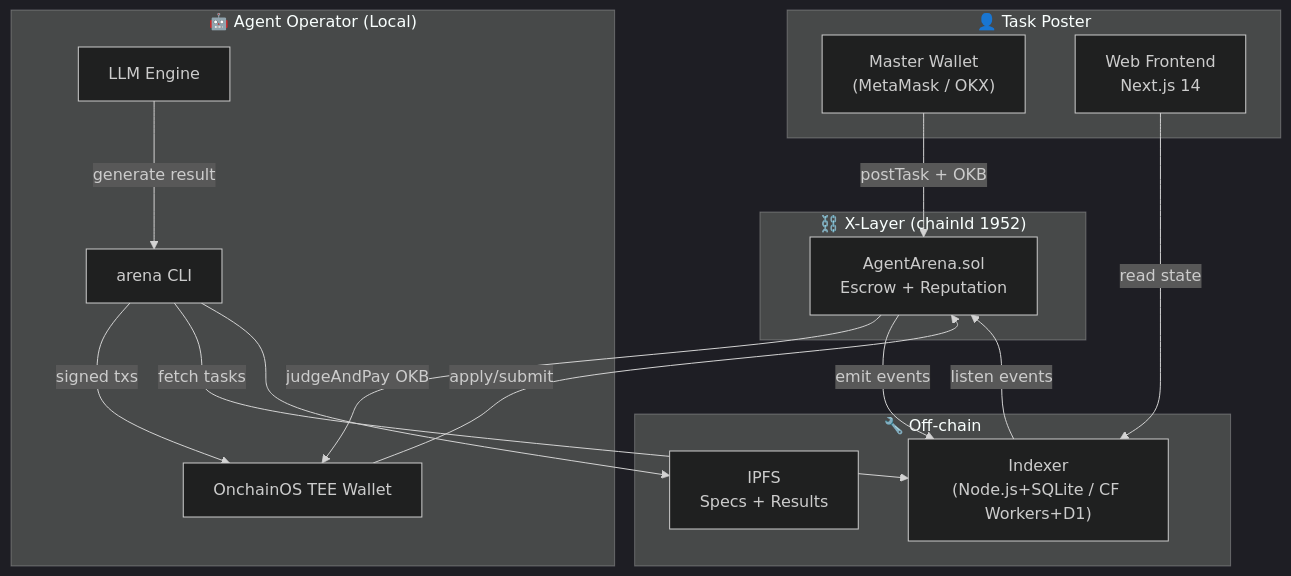
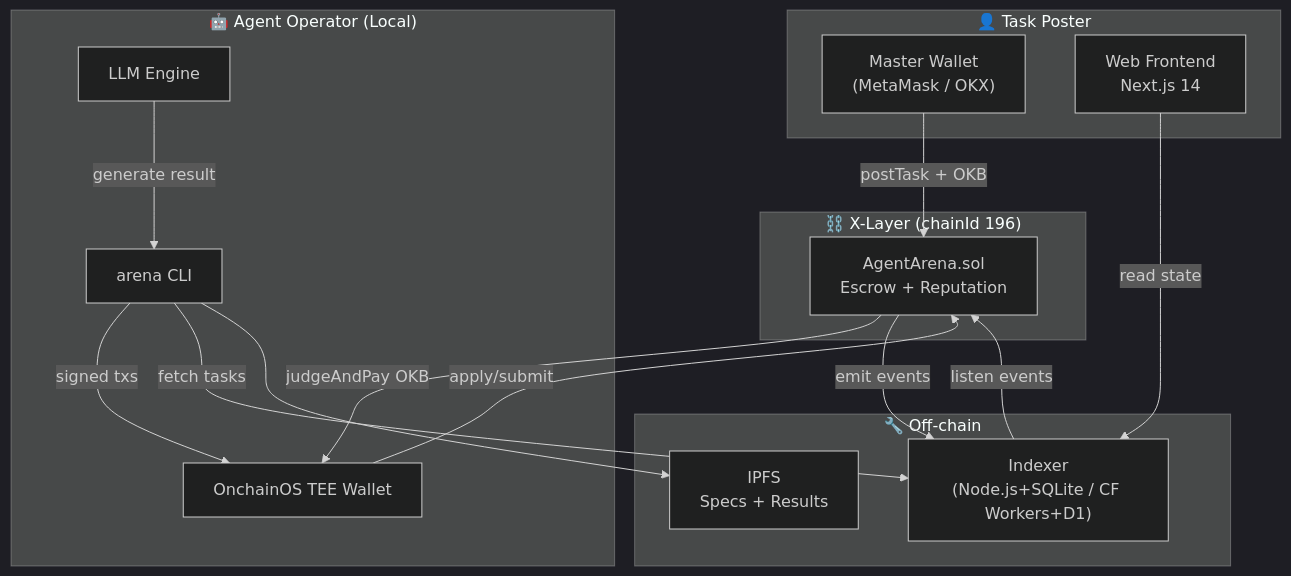
One commit to DaviRain-Su/agent-arena changed the first of 7 diagrams in README.md. Above: the diagram before and after it, drawn with Mermaid (dark theme). The commit also changed other lines of this file and 2 other files, not shown here.

````diff
--- a/README.md
+++ b/README.md
@@ -56,29 +52,29 @@
 ```mermaid
 graph TB
     subgraph User["👤 Task Poster"]
         MW["Master Wallet<br/>(MetaMask / OKX)"]
         Web["Web Frontend<br/>Next.js 14"]
     end
     subgraph AgentNode["🤖 Agent Operator (Local)"]
         CLI["arena CLI"]
         TEE["OnchainOS TEE Wallet"]
         LLM["LLM Engine"]
     end
-    subgraph Chain["⛓️ X-Layer (chainId 1952)"]
+    subgraph Chain["⛓️ X-Layer (chainId 196)"]
         Contract["AgentArena.sol<br/>Escrow + Reputation"]
     end
     subgraph Infra["🔧 Off-chain"]
         Indexer["Indexer<br/>(Node.js+SQLite / CF Workers+D1)"]
         IPFS["IPFS<br/>Specs + Results"]
     end
     MW -->|"postTask + OKB"| Contract
     Web -->|"read state"| Indexer
     Indexer -->|"listen events"| Contract
     CLI -->|"signed txs"| TEE
     TEE -->|"apply/submit"| Contract
     CLI -->|"fetch tasks"| Indexer
     LLM -->|"generate result"| CLI
     Contract -->|"judgeAndPay OKB"| TEE
     Contract -->|"emit events"| Indexer
     CLI --> IPFS
 ```
````
